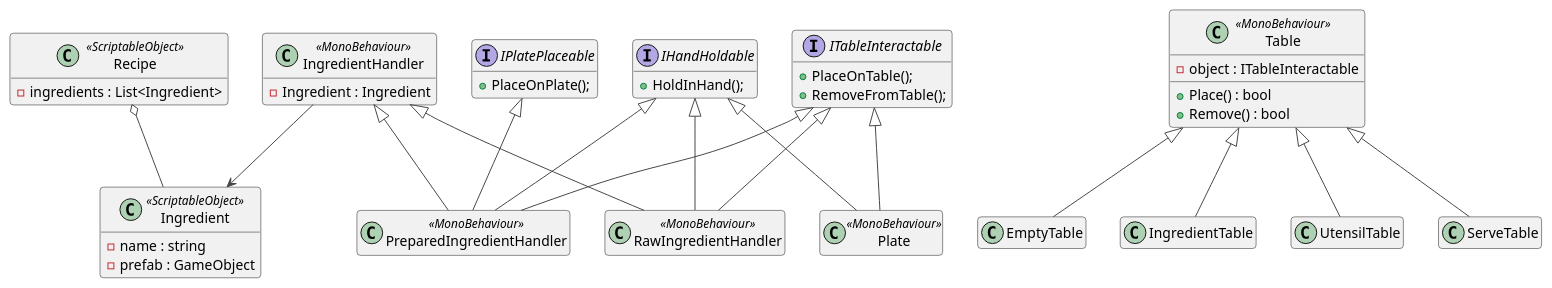
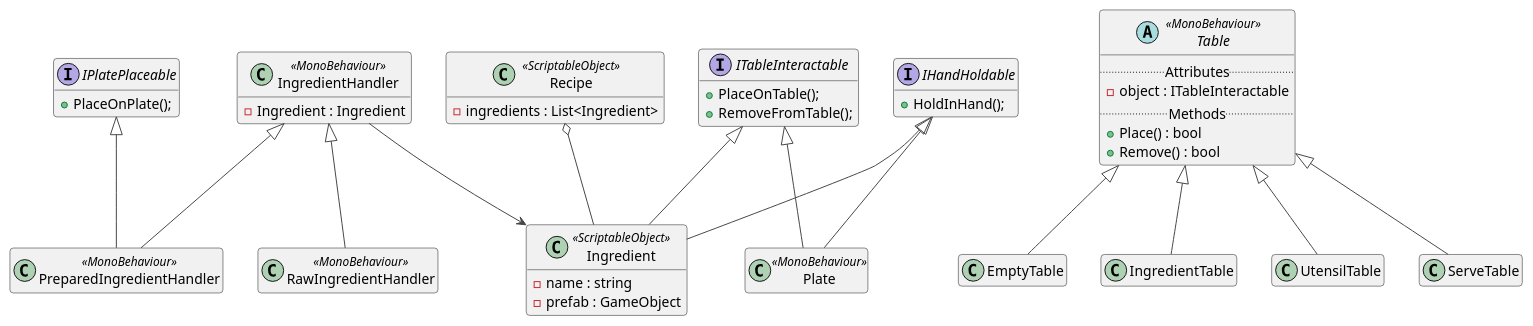
One commit to rui-boopoo/behavior-tree changed the diagram in 1 Design/Demo/class diagram.puml. Above: the diagram before and after it, drawn with PlantUML. The commit also changed 6586 other files, not shown here.

```diff
--- a/1 Design/Demo/class diagram.puml
+++ b/1 Design/Demo/class diagram.puml
@@ -1,91 +1,91 @@
 @startuml Demo
 
 !theme vibrant
 hide empty members
 
 class Recipe <<ScriptableObject>> {
     - ingredients : List<Ingredient>
 }
 
 class IngredientHandler <<MonoBehaviour>> {
     - Ingredient : Ingredient
 }
 
 class Ingredient <<ScriptableObject>> {
     - name : string
     - prefab : GameObject 
 }
 Recipe o-- Ingredient
 IngredientHandler --> Ingredient
+IHandHoldable <|-- Ingredient
+ITableInteractable <|-- Ingredient
 
 ' Plate: Can be held in hand, placed on a table.
 
 ' RawIngredientHandler: Can be held in hand, placed on a table.
 '   Seaweed
 '   Salmon
 '   Rice
 
 ' PreparedIngredientHandler: Can be held in hand, placed on a table, placed on a plate.
 '   Chopped Salmon
 '   Steamed Rice
 
 ' Table: Can place items on it, can remove items from it.
 '   Empty Table: Placement (can place items that can be placed on a table), Removal (remove currently existing items).
 '   Ingredient Table: Placement (cannot place items); Removal (obtain specific ingredients).
 '   Utensil Table: Placement (for cooking); Removal (retrieve placable items).
 '   Serve Table: Placement (submit orders); Removal (cannot remove items).
 
 interface IHandHoldable {
     + HoldInHand();
 }
 
 interface ITableInteractable {
     + PlaceOnTable();
     + RemoveFromTable();
 }
 
 interface IPlatePlaceable {
     + PlaceOnPlate();
 }
 
 class Plate <<MonoBehaviour>> {
 }
 IHandHoldable <|-- Plate
 ITableInteractable <|-- Plate
 
 class RawIngredientHandler <<MonoBehaviour>> {
 }
 IngredientHandler <|-- RawIngredientHandler
-IHandHoldable <|-- RawIngredientHandler
-ITableInteractable <|-- RawIngredientHandler
 
 class PreparedIngredientHandler <<MonoBehaviour>> {
 }
 IngredientHandler <|-- PreparedIngredientHandler
-IHandHoldable <|-- PreparedIngredientHandler
-ITableInteractable <|-- PreparedIngredientHandler
 IPlatePlaceable <|-- PreparedIngredientHandler
 
-class Table <<MonoBehaviour>> {
+abstract Table <<MonoBehaviour>> {
+    .. Attributes ..
     - object : ITableInteractable
+    .. Methods ..
     + Place() : bool
     + Remove() : bool
 }
 
 class EmptyTable {
 }
 Table <|-- EmptyTable
 
 class IngredientTable {
 }
 Table <|-- IngredientTable
 
 class UtensilTable {
 }
 Table <|-- UtensilTable
 
 class ServeTable {
 }
 Table <|-- ServeTable
 
 @enduml
```
